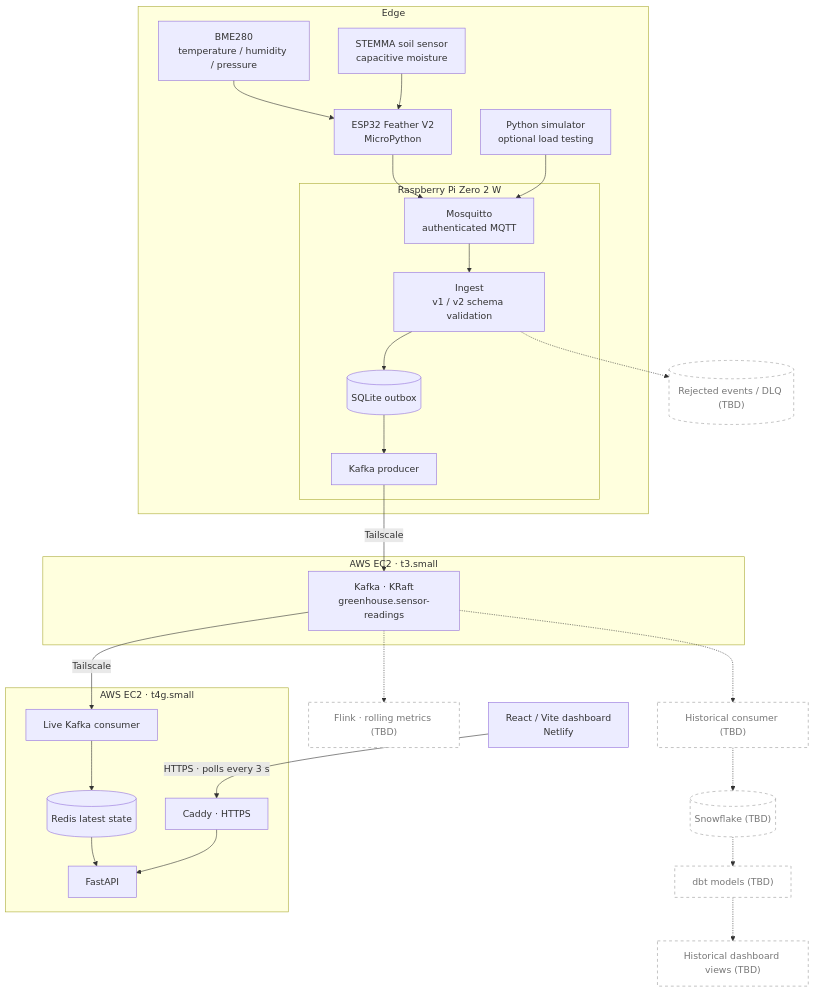
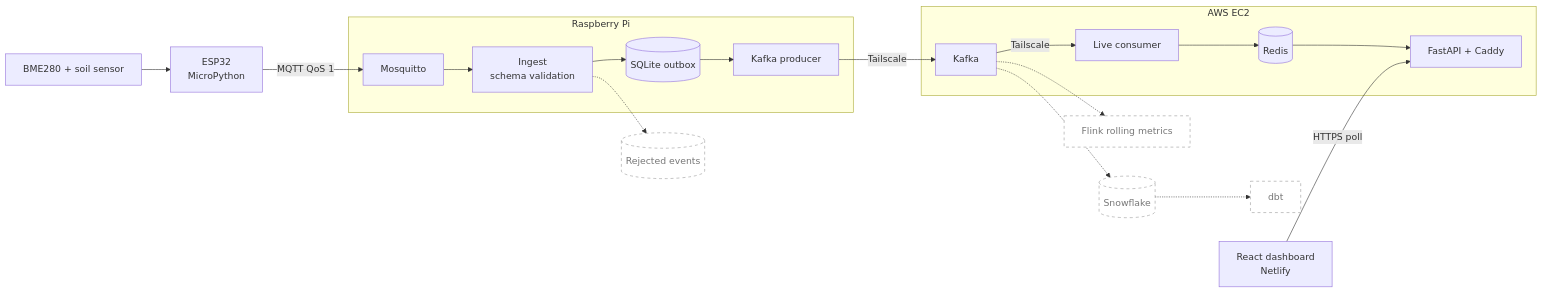
One commit to 0GregoryJ/greenhouse-iot-streaming-pipeline changed the diagram in README.md. Above: the diagram before and after it, drawn with Mermaid. The commit also changed other lines of this file and 8 other files, not shown here.

Commit message:
Added documentation and fixed simulator to support updated schema names.

````diff
--- a/README.md
+++ b/README.md
@@ -33,40 +34,31 @@
 ```mermaid
-flowchart TB
-  subgraph edge["Edge"]
-    bme["BME280<br/>temperature / humidity / pressure"] --> esp["ESP32 Feather V2<br/>MicroPython"]
-    soil["STEMMA soil sensor<br/>capacitive moisture"] --> esp
-    sim["Python simulator<br/>optional load testing"]
-    subgraph pi["Raspberry Pi Zero 2 W"]
-      mqtt["Mosquitto<br/>authenticated MQTT"] --> ingest["Ingest<br/>v1 / v2 schema validation"]
-      ingest --> sqlite[("SQLite outbox")]
-      sqlite --> prod["Kafka producer"]
-    end
+flowchart LR
+  sensors["BME280 + soil sensor"] --> esp["ESP32<br/>MicroPython"]
+
+  subgraph pi["Raspberry Pi"]
+    mqtt["Mosquitto"] --> ingest["Ingest<br/>schema validation"]
+    ingest --> sqlite[("SQLite outbox")]
+    sqlite --> prod["Kafka producer"]
   end
 
-  subgraph broker["AWS EC2 · t3.small"]
-    kafka["Kafka · KRaft<br/>greenhouse.sensor-readings"]
+  subgraph aws["AWS EC2"]
+    kafka["Kafka"]
+    consumer["Live consumer"] --> redis[("Redis")]
+    redis --> api["FastAPI + Caddy"]
   end
 
-  subgraph serving["AWS EC2 · t4g.small"]
-    consumer["Live Kafka consumer"] --> redis[("Redis latest state")]
-    redis --> api["FastAPI"]
-    caddy["Caddy · HTTPS"] --> api
-  end
+  dash["React dashboard<br/>Netlify"]
 
-  dash["React / Vite dashboard<br/>Netlify"]
-  esp --> mqtt
-  sim --> mqtt
-  prod -->|Tailscale| kafka
-  kafka -->|Tailscale| consumer
-  dash -->|"HTTPS · polls every 3 s"| caddy
+  esp -->|"MQTT QoS 1"| mqtt
+  prod -->|"Tailscale"| kafka
+  kafka -->|"Tailscale"| consumer
+  dash -->|"HTTPS poll"| api
 
-  kafka -.-> flink["Flink · rolling metrics (TBD)"]
-  kafka -.-> hist["Historical consumer (TBD)"]
-  hist -.-> snow[("Snowflake (TBD)")]
-  snow -.-> dbt["dbt models (TBD)"]
-  dbt -.-> history["Historical dashboard views (TBD)"]
-  ingest -.-> rejected[("Rejected events / DLQ (TBD)")]
+  ingest -.-> dlq[("Rejected events")]
+  kafka -.-> flink["Flink rolling metrics"]
+  kafka -.-> snow[("Snowflake")]
+  snow -.-> dbt["dbt"]
 
   classDef planned fill:#fff,stroke:#999,stroke-dasharray:5 5,color:#777;
-  class flink,hist,snow,dbt,history,rejected planned;
+  class dlq,flink,snow,dbt planned;
 ```
````
